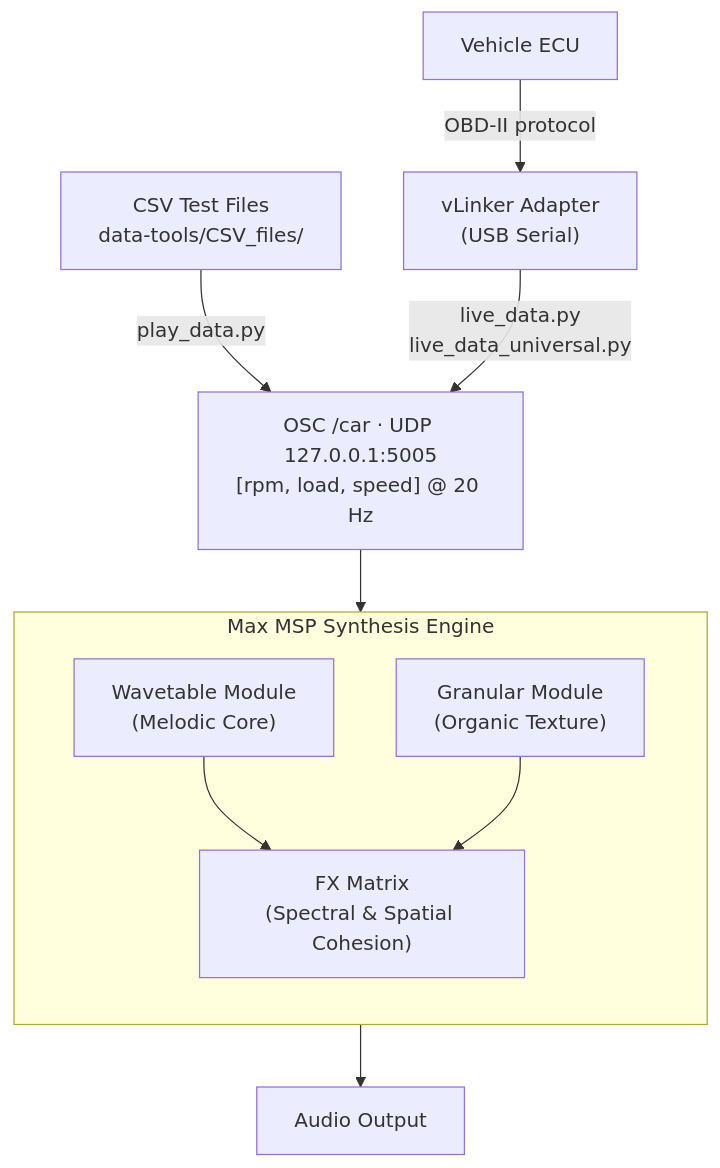
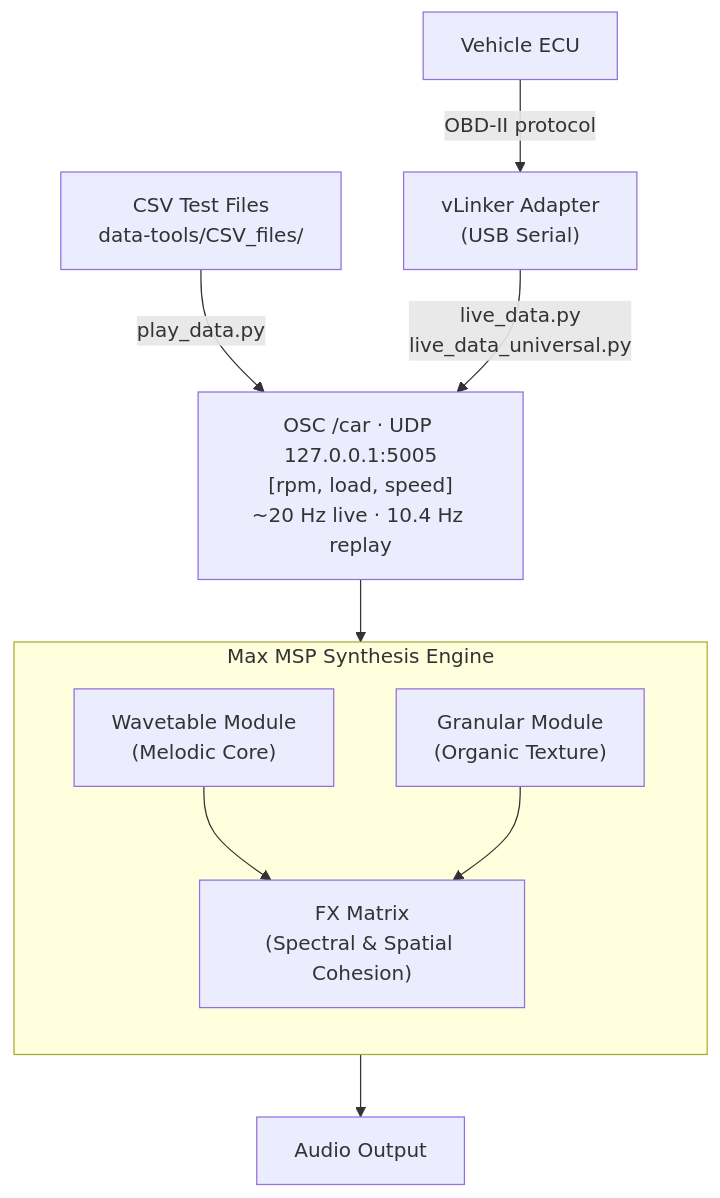
One commit to BitResonant/EV-engine-sound-sonification changed the first of 2 diagrams in README.md. Above: the diagram before and after it, drawn with Mermaid. The commit also changed other lines of this file and 1 other file, not shown here.

````diff
--- a/README.md
+++ b/README.md
@@ -44,19 +79,19 @@
 ```mermaid
 flowchart TD
     A["Vehicle ECU"] -->|OBD-II protocol| B["vLinker Adapter\n(USB Serial)"]
     CSV["CSV Test Files\ndata-tools/CSV_files/"] -->|play_data.py| OSC
-    B -->|"live_data.py\nlive_data_universal.py"| OSC["OSC /car · UDP 127.0.0.1:5005\n[rpm, load, speed] @ 20 Hz"]
+    B -->|"live_data.py\nlive_data_universal.py"| OSC["OSC /car · UDP 127.0.0.1:5005\n[rpm, load, speed]\n~20 Hz live · 10.4 Hz replay"]
 
     OSC --> SYNTH
 
     subgraph SYNTH ["Max MSP Synthesis Engine"]
         direction TB
         WT["Wavetable Module\n(Melodic Core)"]
         GR["Granular Module\n(Organic Texture)"]
         FX["FX Matrix\n(Spectral & Spatial Cohesion)"]
         WT --> FX
         GR --> FX
     end
 
     FX --> OUT["Audio Output"]
 ```
````
